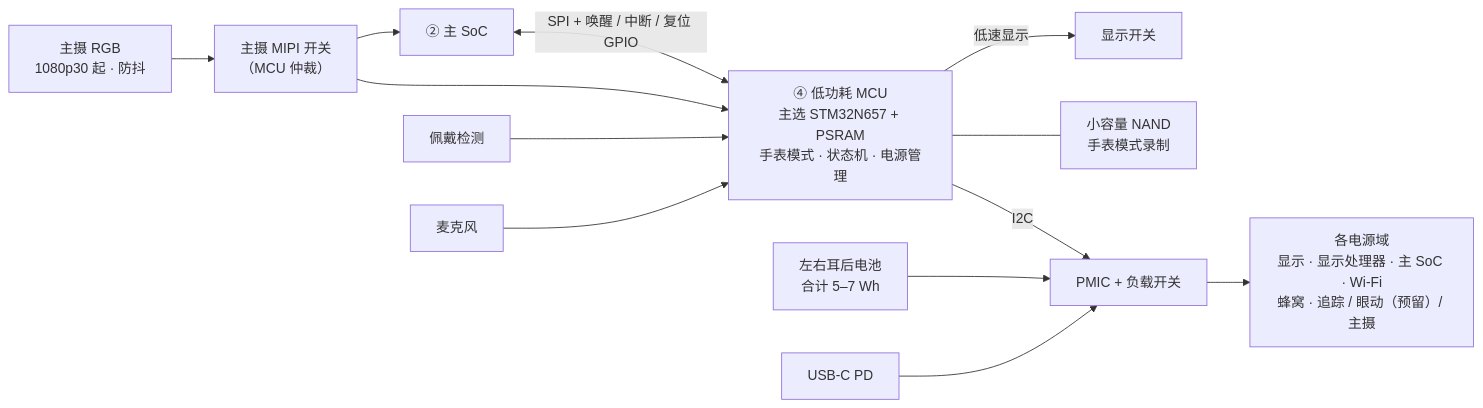
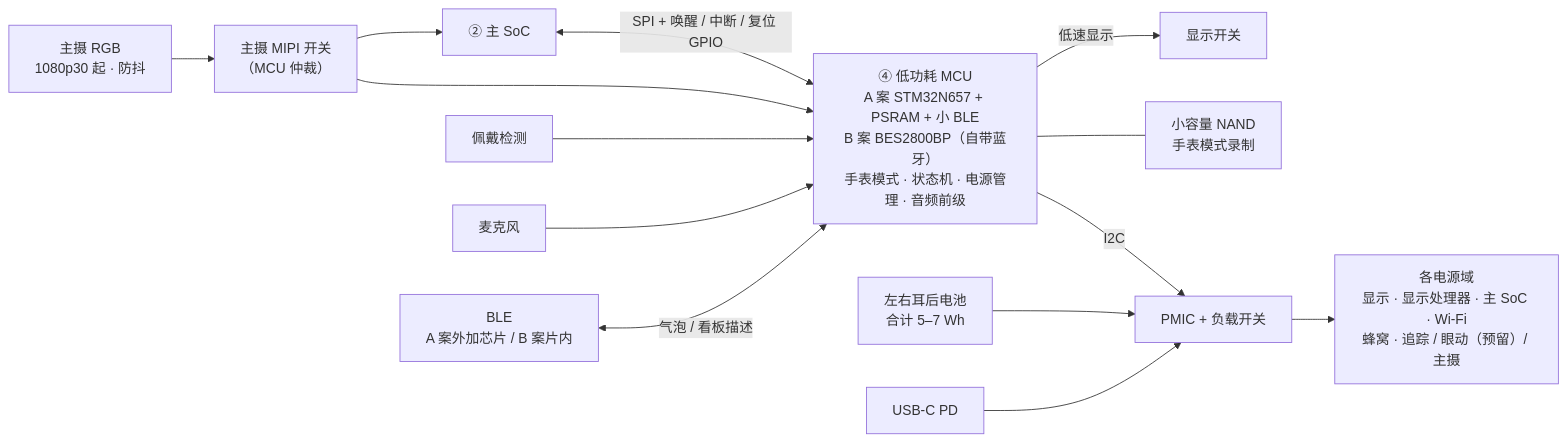
The third of 9 diagrams in docs/system-architecture.md (jodancain/independent-cellular-ai-glasses), drawn with Mermaid before and after one commit. The commit also changed other lines of this file and 9 other files, not shown here.

````diff
--- a/docs/system-architecture.md
+++ b/docs/system-architecture.md
@@ -112,27 +112,29 @@
 ```mermaid
 flowchart LR
   SOC["② 主 SoC"]
-  MCU["④ 低功耗 MCU<br/>主选 STM32N657 + PSRAM<br/>手表模式 · 状态机 · 电源管理"]
+  MCU["④ 低功耗 MCU<br/>A 案 STM32N657 + PSRAM + 小 BLE<br/>B 案 BES2800BP（自带蓝牙）<br/>手表模式 · 状态机 · 电源管理 · 音频前级"]
+  BLE["BLE<br/>A 案外加芯片 / B 案片内"]
   RGB["主摄 RGB<br/>1080p30 起 · 防抖"]
   CSW["主摄 MIPI 开关<br/>（MCU 仲裁）"]
   DSW["显示开关"]
   WEAR["佩戴检测"]
   MIC["麦克风"]
   NAND["小容量 NAND<br/>手表模式录制"]
   PMIC["PMIC + 负载开关"]
   DOMS["各电源域<br/>显示 · 显示处理器 · 主 SoC · Wi-Fi<br/>蜂窝 · 追踪 / 眼动（预留）/ 主摄"]
   BAT["左右耳后电池<br/>合计 5–7 Wh"]
   PD["USB-C PD"]
 
   SOC <-- "SPI + 唤醒 / 中断 / 复位 GPIO" --> MCU
   RGB --> CSW
   CSW --> MCU
   CSW --> SOC
   MCU -- "低速显示" --> DSW
   WEAR --> MCU
   MIC --> MCU
+  BLE <-- "气泡 / 看板描述" --> MCU
   MCU --- NAND
   MCU -- I2C --> PMIC --> DOMS
   BAT --> PMIC
   PD --> PMIC
 ```
````
